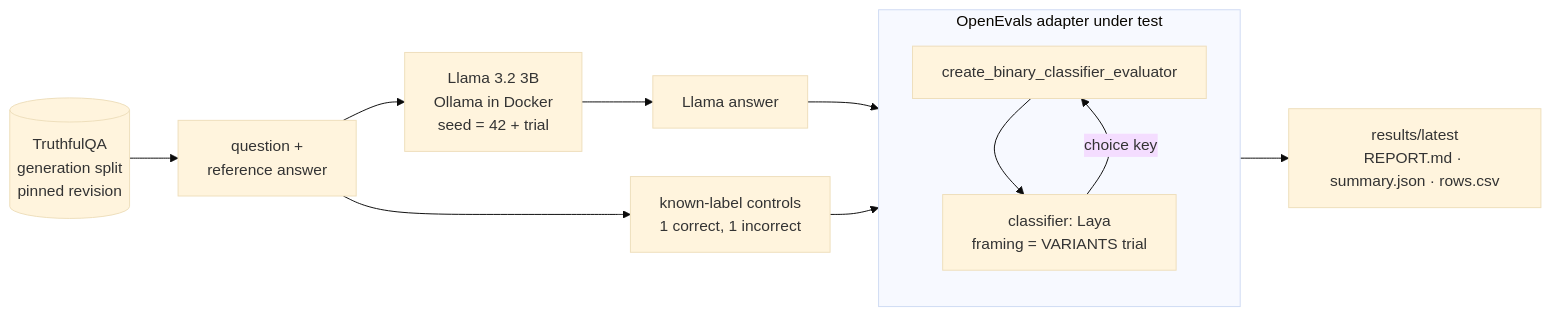
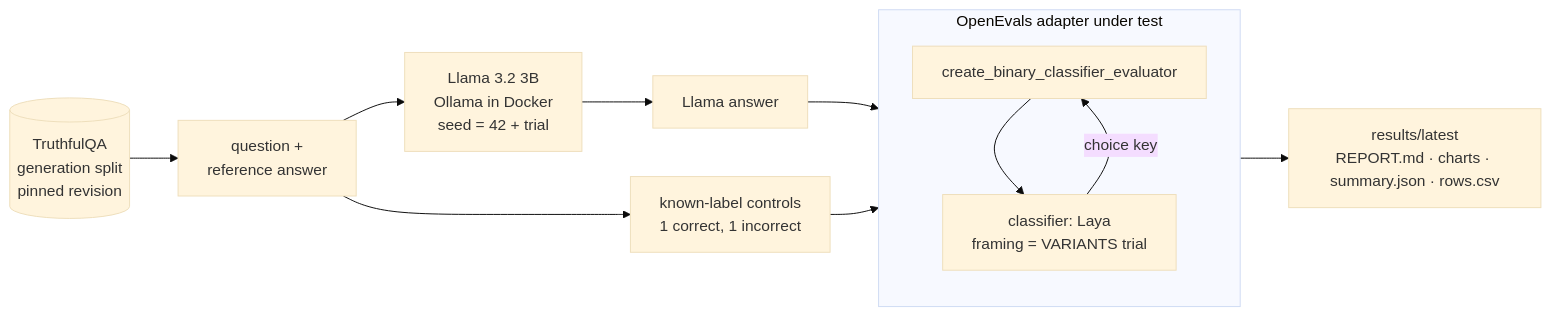
The diagram in README.md (Aditya-Dawadikar/Laya-OpenEvals-PoC), drawn with Mermaid (base theme) before and after one commit. The commit also changed other lines of this file and 16 other files, not shown here.

First line of the commit message:
Add full reference run with light/dark charts in README

````diff
--- a/README.md
+++ b/README.md
@@ -39,15 +43,15 @@
 ```mermaid
 flowchart LR
     D[(TruthfulQA<br/>generation split<br/>pinned revision)] --> I[question +<br/>reference answer]
     I --> L[Llama 3.2 3B<br/>Ollama in Docker<br/>seed = 42 + trial]
     L --> A[Llama answer]
     I --> C[known-label controls<br/>1 correct, 1 incorrect]
     A --> E
     C --> E
     subgraph E[OpenEvals adapter under test]
       direction TB
       W[create_binary_classifier_evaluator] --> K[classifier: Laya<br/>framing = VARIANTS trial]
       K -- choice key --> W
     end
-    E --> R[results/latest<br/>REPORT.md · summary.json · rows.csv]
+    E --> R[results/latest<br/>REPORT.md · charts · summary.json · rows.csv]
 ```
````
